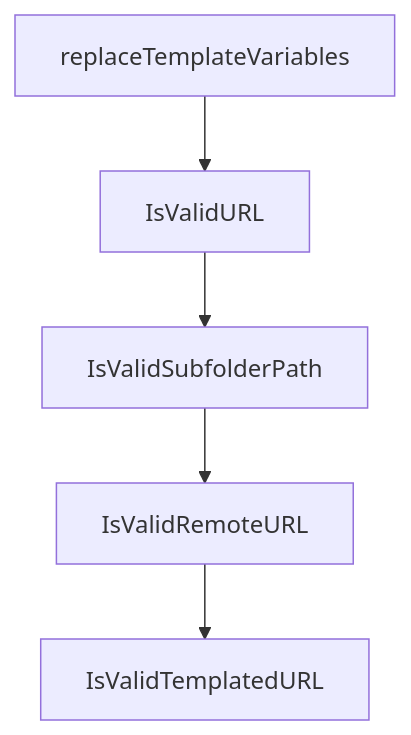
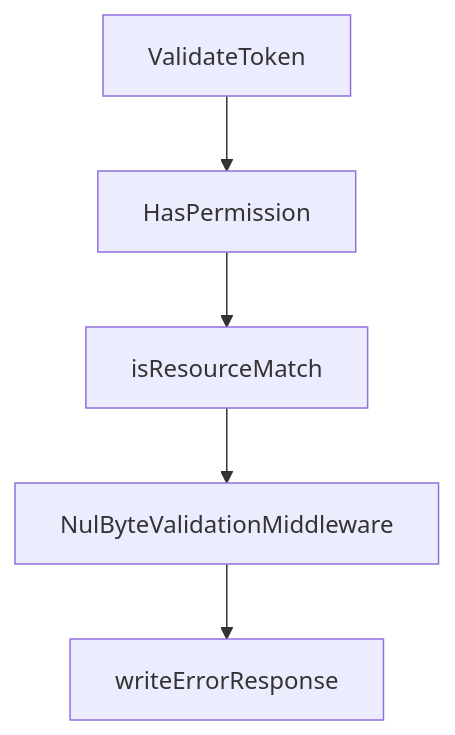
Before and after one commit to johnxie/awesome-code-docs: the diagram in tutorials/mcp-registry-tutorial/08-production-rollout-automation-and-contribution.md, drawn with Mermaid. The commit also changed other lines of this file and 1232 other files, not shown here.

````diff
--- a/tutorials/mcp-registry-tutorial/08-production-rollout-automation-and-contribution.md
+++ b/tutorials/mcp-registry-tutorial/08-production-rollout-automation-and-contribution.md
@@ -221,12 +206,12 @@
 ```mermaid
 flowchart TD
-    A[replaceTemplateVariables]
-    B[IsValidURL]
-    C[IsValidSubfolderPath]
-    D[IsValidRemoteURL]
-    E[IsValidTemplatedURL]
+    A[ValidateToken]
+    B[HasPermission]
+    C[isResourceMatch]
+    D[NulByteValidationMiddleware]
+    E[writeErrorResponse]
     A --> B
     B --> C
     C --> D
     D --> E
 ```
````
